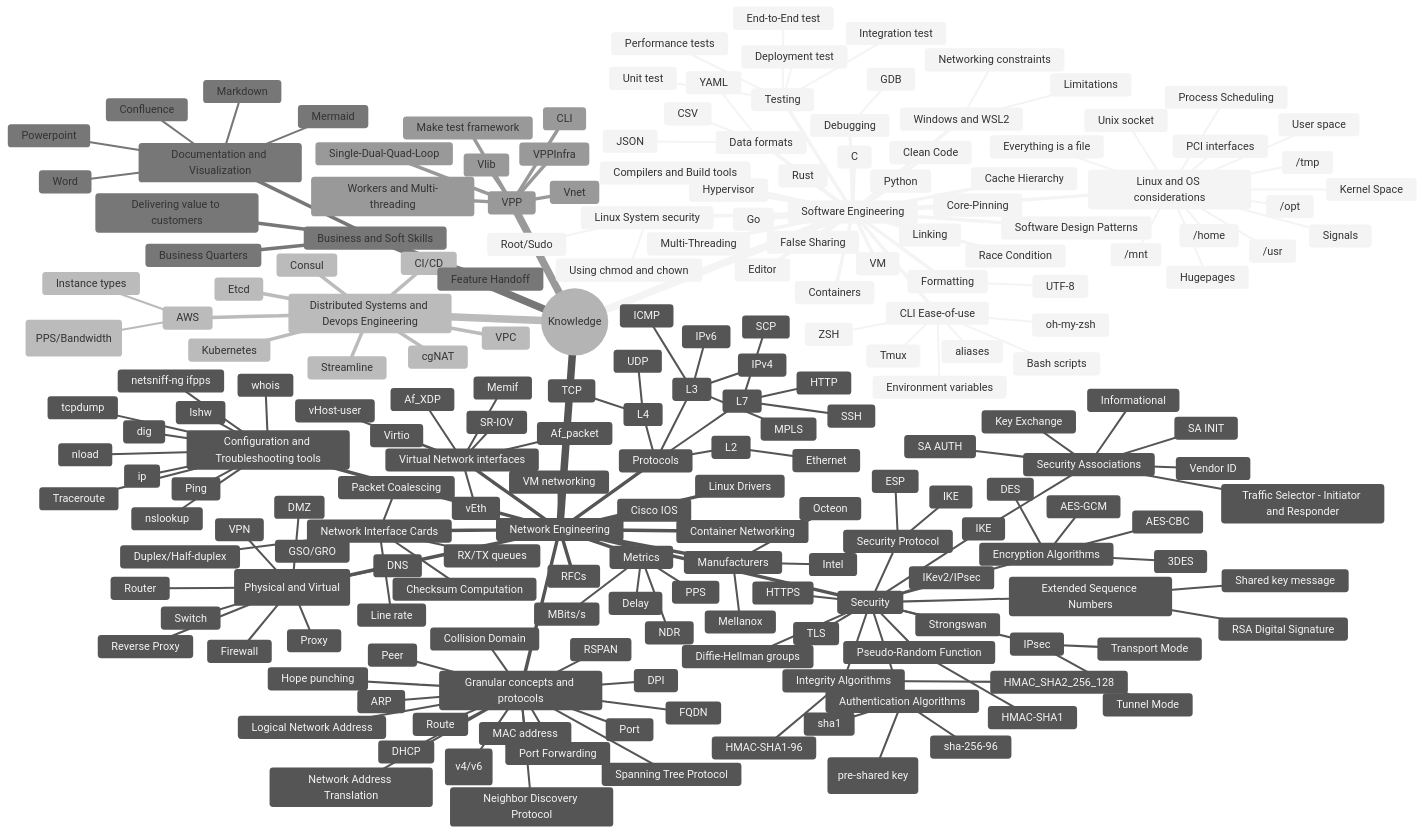
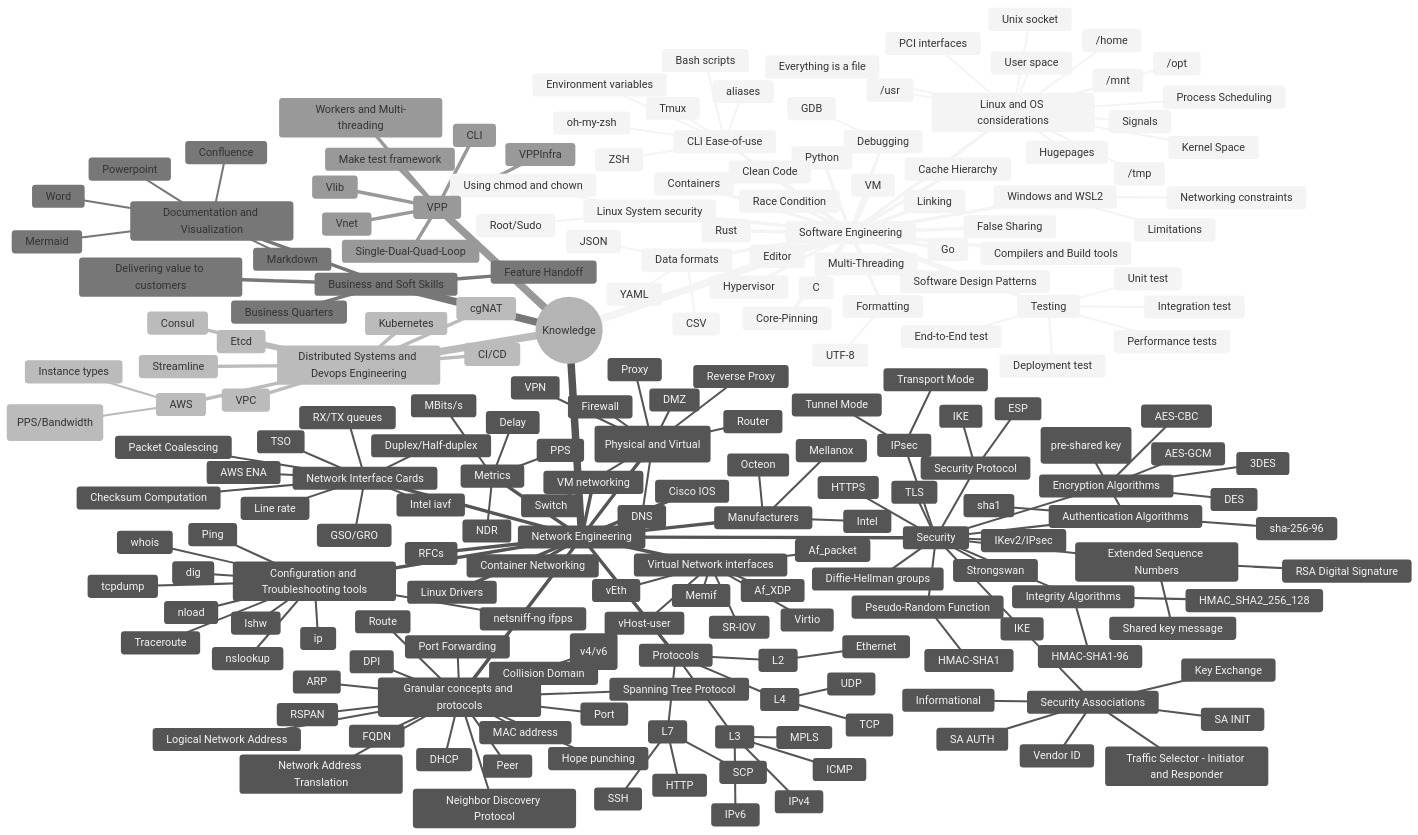
The diagram in content/posts/swe-network-engineer.md (read-the-ducks/site), drawn with Mermaid (neutral theme) before and after one commit.

```diff
--- a/content/posts/swe-network-engineer.md
+++ b/content/posts/swe-network-engineer.md
@@ -171,6 +171,9 @@
         Network Interface Cards
             RX/TX queues
             GSO/GRO
+            Intel iavf
+            AWS ENA
+            TSO
             Packet Coalescing
             Checksum Computation
             Line rate
```
